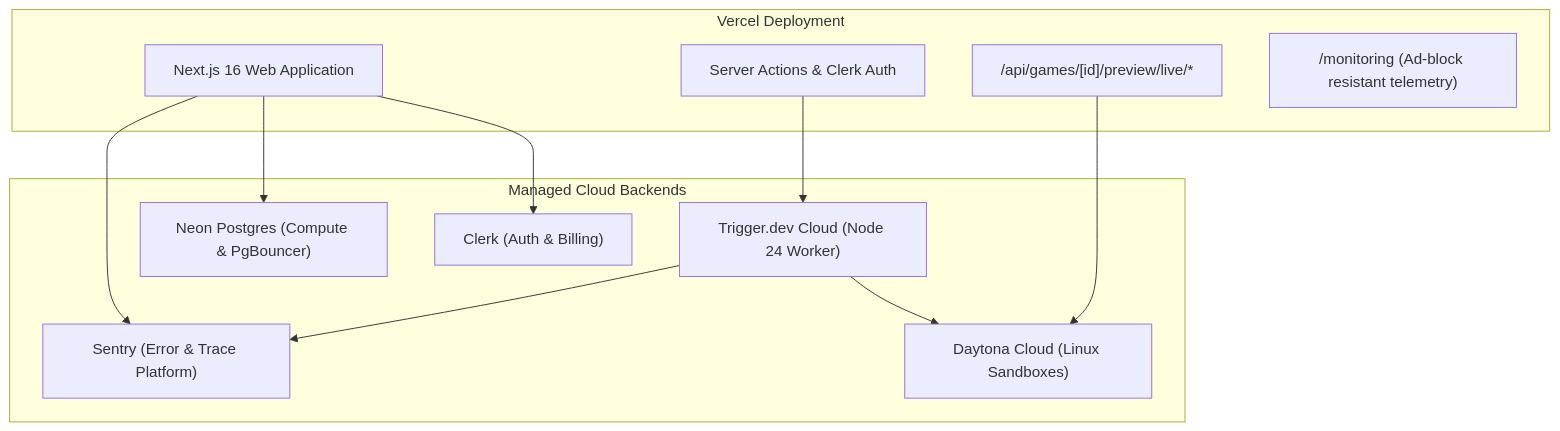
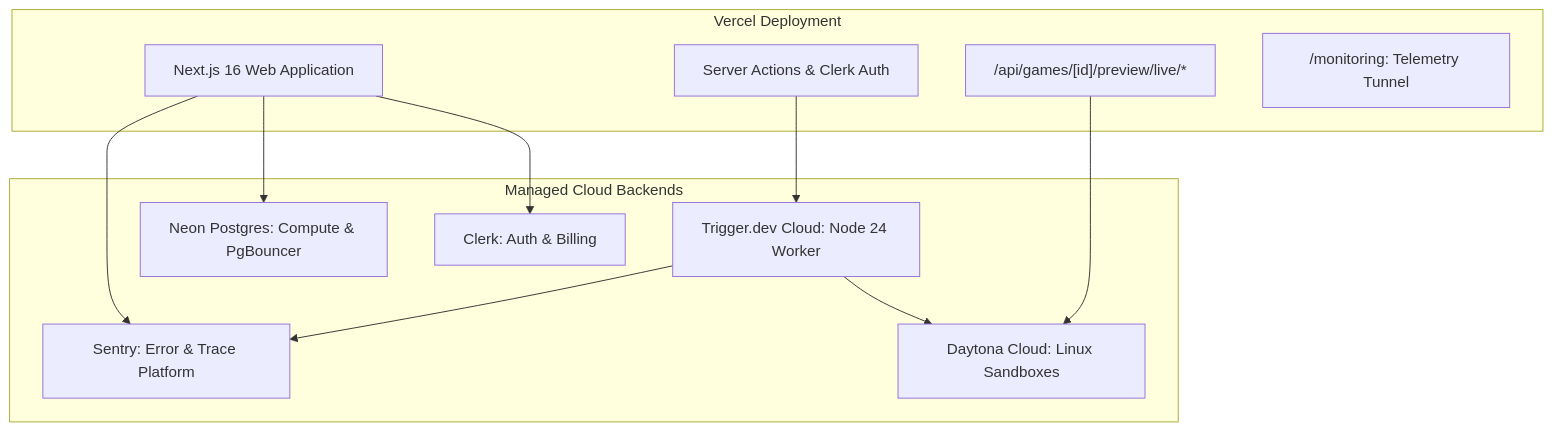
One commit to karan74jaiswal/gamebox changed the third of 3 diagrams in README.md. Above: the diagram before and after it, drawn with Mermaid. The commit also changed other lines of this file, not shown here.

Commit message:
fix(docs): resolve GitHub Mermaid diagram parse errors

````diff
--- a/README.md
+++ b/README.md
@@ -439,24 +441,25 @@
 ```mermaid
 flowchart TD
     subgraph Vercel ["Vercel Deployment"]
         NextWeb["Next.js 16 Web Application"]
         ServerActionsProd["Server Actions & Clerk Auth"]
         ProxyLive["/api/games/[id]/preview/live/*"]
-        SentryTunnel["/monitoring (Ad-block resistant telemetry)"]
+        SentryTunnel["/monitoring: Telemetry Tunnel"]
     end
 
     subgraph CloudServices ["Managed Cloud Backends"]
-        TriggerCloud["Trigger.dev Cloud (Node 24 Worker)"]
-        DaytonaCloud["Daytona Cloud (Linux Sandboxes)"]
-        NeonCloud["Neon Postgres (Compute & PgBouncer)"]
-        ClerkCloud["Clerk (Auth & Billing)"]
-        SentryCloud["Sentry (Error & Trace Platform)"]
+        TriggerCloud["Trigger.dev Cloud: Node 24 Worker"]
+        DaytonaCloud["Daytona Cloud: Linux Sandboxes"]
+        NeonCloud["Neon Postgres: Compute & PgBouncer"]
+        ClerkCloud["Clerk: Auth & Billing"]
+        SentryCloud["Sentry: Error & Trace Platform"]
     end
 
     NextWeb --> ClerkCloud
     NextWeb --> NeonCloud
     ServerActionsProd --> TriggerCloud
     TriggerCloud --> DaytonaCloud
     ProxyLive --> DaytonaCloud
-    NextWeb & TriggerCloud --> SentryCloud
+    NextWeb --> SentryCloud
+    TriggerCloud --> SentryCloud
 ```
````
